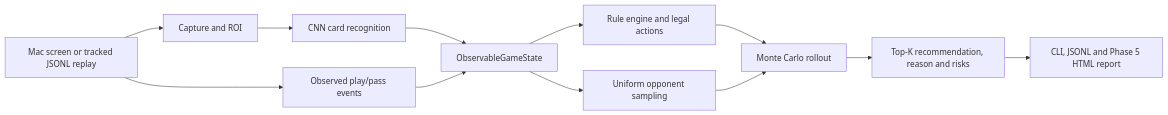
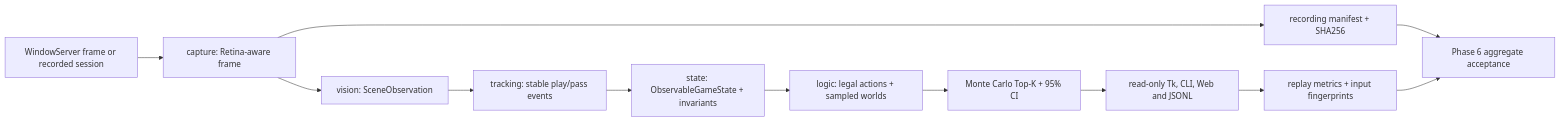
The diagram in docs/ARCHITECTURE.md (raynegao/doudizhu-assistant), drawn with Mermaid before and after one commit. The commit also changed other lines of this file and 81 other files, not shown here.

Commit message:
feat: complete Phase 6 live acceptance workflow

````diff
--- a/docs/ARCHITECTURE.md
+++ b/docs/ARCHITECTURE.md
@@ -5,14 +5,14 @@
 ```mermaid
 flowchart LR
-    A["Mac screen or tracked JSONL replay"] --> B["Capture and ROI"]
-    B --> C["CNN card recognition"]
-    A --> D["Observed play/pass events"]
-    C --> E["ObservableGameState"]
-    D --> E
-    E --> F["Rule engine and legal actions"]
-    E --> G["Uniform opponent sampling"]
-    F --> H["Monte Carlo rollout"]
-    G --> H
-    H --> I["Top-K recommendation, reason and risks"]
-    I --> J["CLI, JSONL and Phase 5 HTML report"]
+    A["WindowServer frame or recorded session"] --> B["capture: Retina-aware frame"]
+    B --> C["vision: SceneObservation"]
+    C --> D["tracking: stable play/pass events"]
+    D --> E["state: ObservableGameState + invariants"]
+    E --> F["logic: legal actions + sampled worlds"]
+    F --> G["Monte Carlo Top-K + 95% CI"]
+    G --> H["read-only Tk, CLI, Web and JSONL"]
+    B --> I["recording manifest + SHA256"]
+    H --> J["replay metrics + input fingerprints"]
+    I --> K["Phase 6 aggregate acceptance"]
+    J --> K
 ```
````
